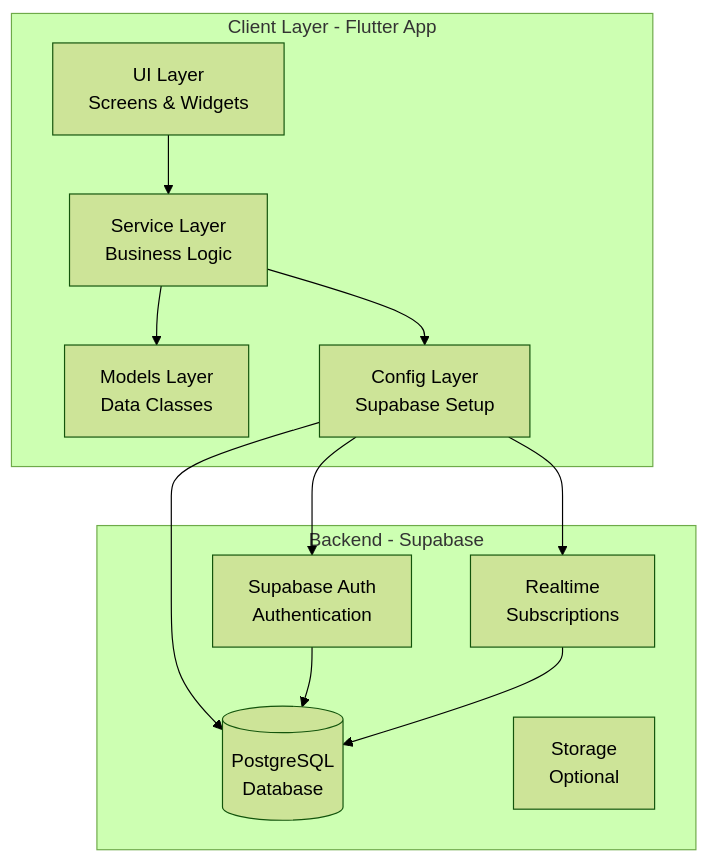
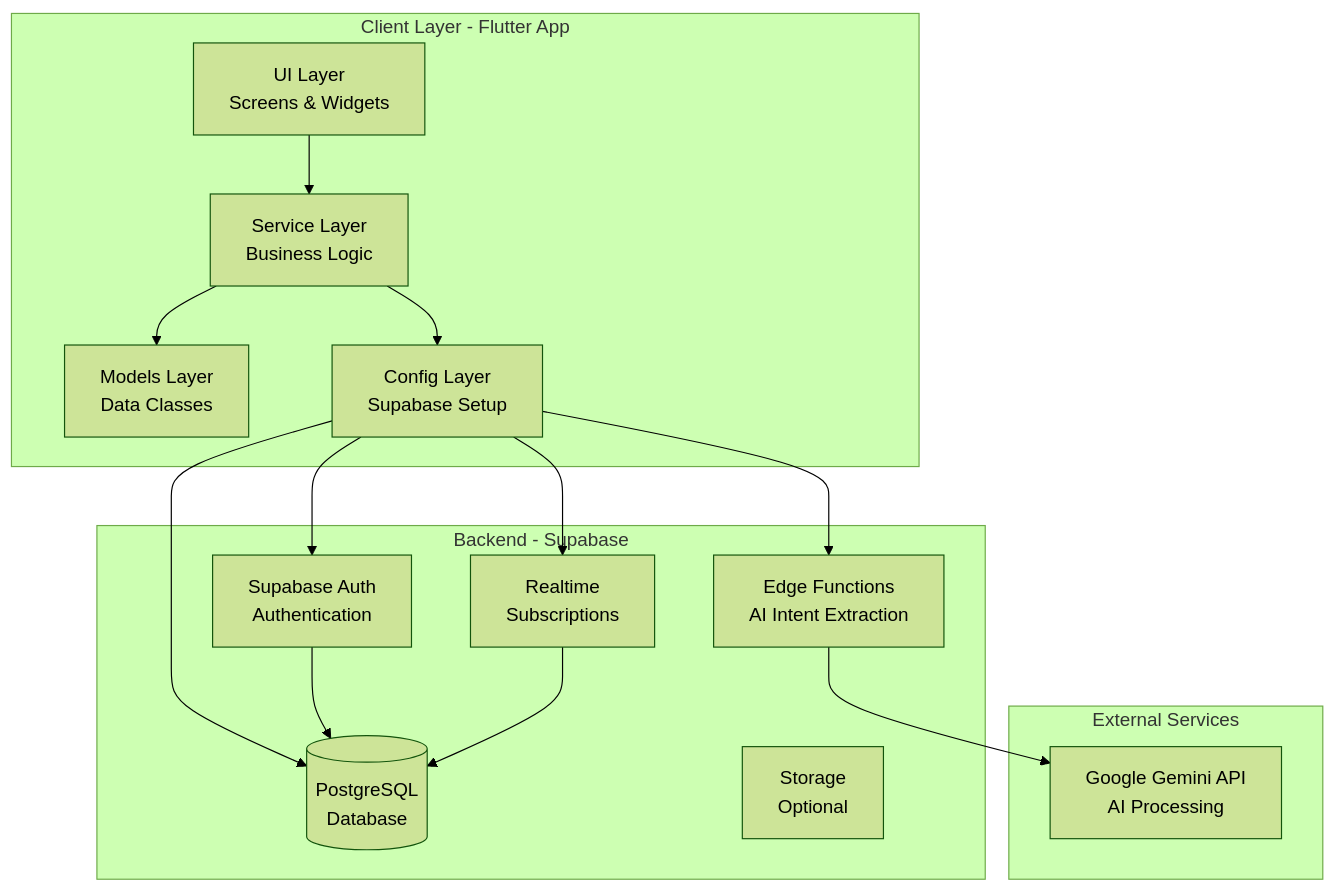
The first of 10 diagrams in chat_app/ARCHITECTURE.md (shoebsmk/Flutter-chat-claude), drawn with Mermaid (forest theme) before and after one commit. The commit also changed other lines of this file and 4 other files, not shown here.

````diff
--- a/chat_app/ARCHITECTURE.md
+++ b/chat_app/ARCHITECTURE.md
@@ -36,25 +37,32 @@
 ```mermaid
 graph TB
     subgraph "Client Layer - Flutter App"
         UI[UI Layer<br/>Screens & Widgets]
         Services[Service Layer<br/>Business Logic]
         Models[Models Layer<br/>Data Classes]
         Config[Config Layer<br/>Supabase Setup]
     end
     
     subgraph "Backend - Supabase"
         Auth[Supabase Auth<br/>Authentication]
         DB[(PostgreSQL<br/>Database)]
         Realtime[Realtime<br/>Subscriptions]
         Storage[Storage<br/>Optional]
+        EdgeFunctions[Edge Functions<br/>AI Intent Extraction]
+    end
+    
+    subgraph "External Services"
+        GeminiAPI[Google Gemini API<br/>AI Processing]
     end
     
     UI --> Services
     Services --> Models
     Services --> Config
     Config --> Auth
     Config --> DB
     Config --> Realtime
+    Config --> EdgeFunctions
     Auth --> DB
     Realtime --> DB
+    EdgeFunctions --> GeminiAPI
 ```
````
